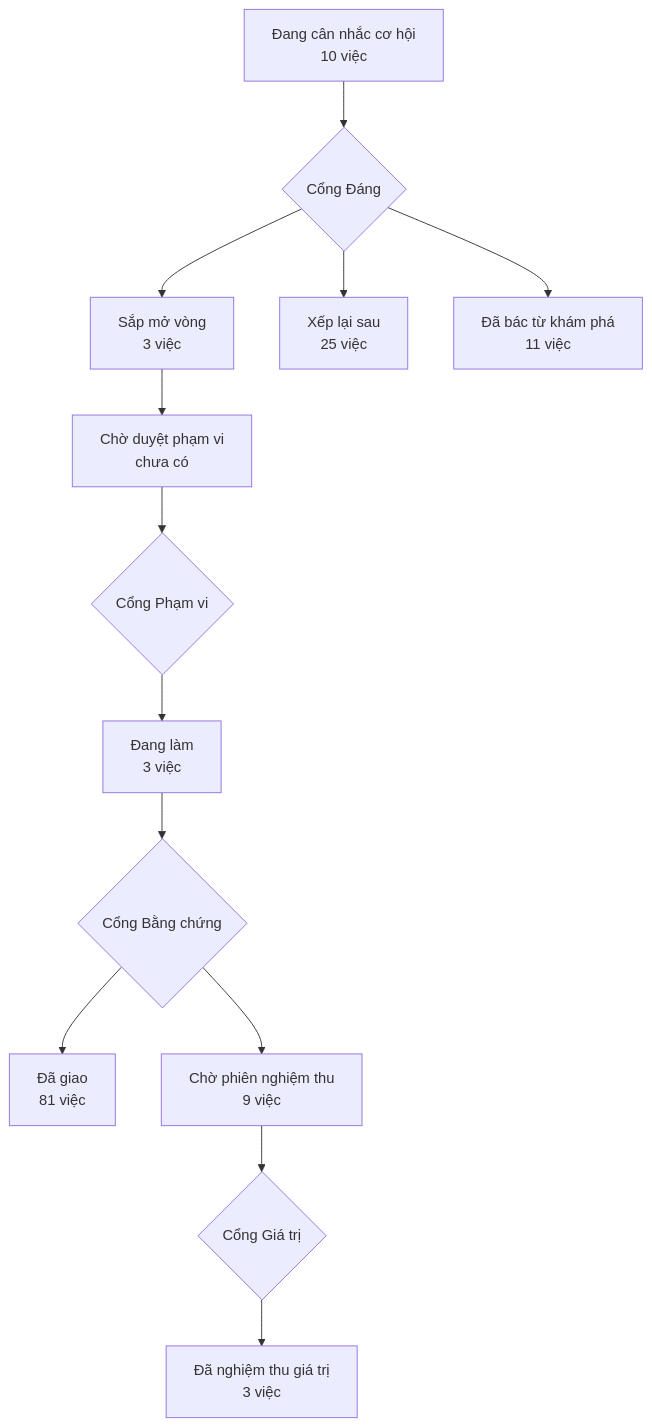
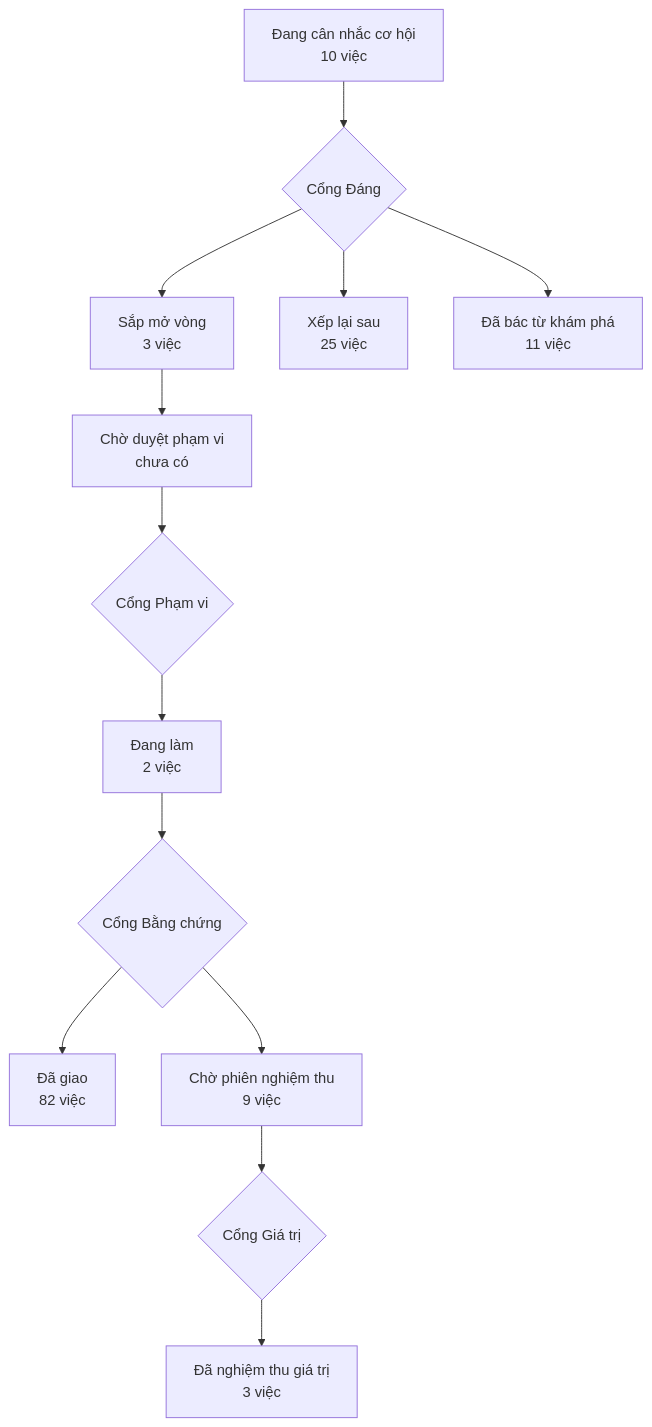
The diagram in PRODUCT-MAP.md (phanlemanh/acceptance-gate-kit), drawn with Mermaid before and after one commit. The commit also changed 4 other files, not shown here.

````diff
--- a/PRODUCT-MAP.md
+++ b/PRODUCT-MAP.md
@@ -6,12 +6,12 @@
 ```mermaid
 flowchart TD
   A["Đang cân nhắc cơ hội<br/>10 việc"] --> GD{"Cổng Đáng"}
   GD --> B["Sắp mở vòng<br/>3 việc"]
   GD --> XL["Xếp lại sau<br/>25 việc"]
   GD --> DB["Đã bác từ khám phá<br/>11 việc"]
   B --> CD["Chờ duyệt phạm vi<br/>chưa có"] --> GP{"Cổng Phạm vi"}
-  GP --> DL["Đang làm<br/>3 việc"] --> GB{"Cổng Bằng chứng"}
-  GB --> DG["Đã giao<br/>81 việc"]
+  GP --> DL["Đang làm<br/>2 việc"] --> GB{"Cổng Bằng chứng"}
+  GB --> DG["Đã giao<br/>82 việc"]
   GB --> CN["Chờ phiên nghiệm thu<br/>9 việc"] --> GG{"Cổng Giá trị"}
   GG --> NT["Đã nghiệm thu giá trị<br/>3 việc"]
 ```
````
